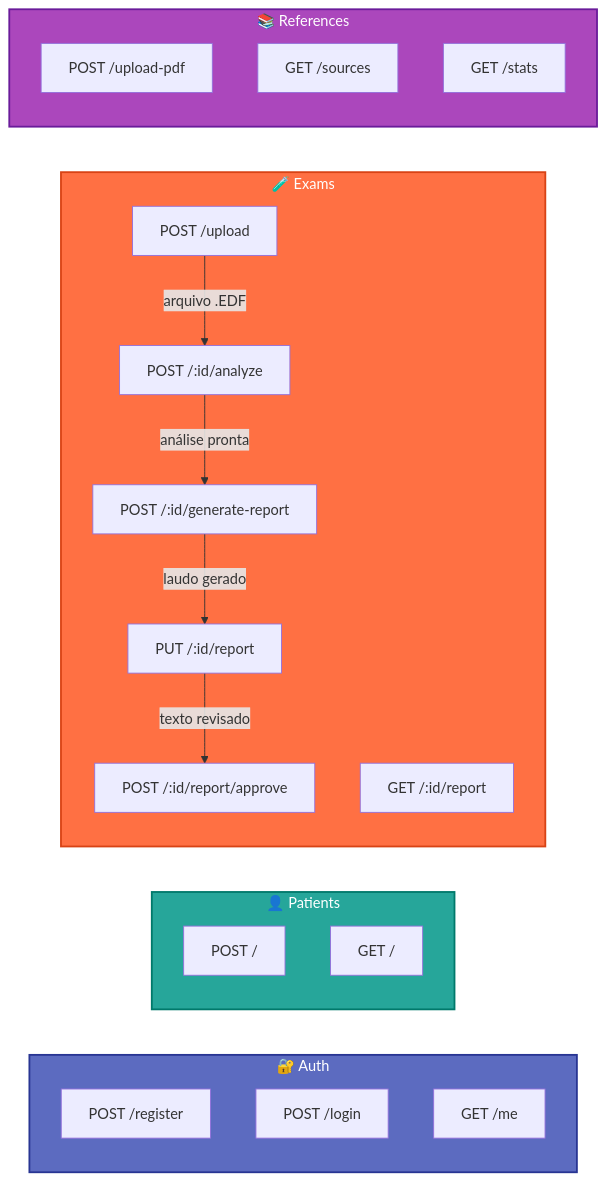
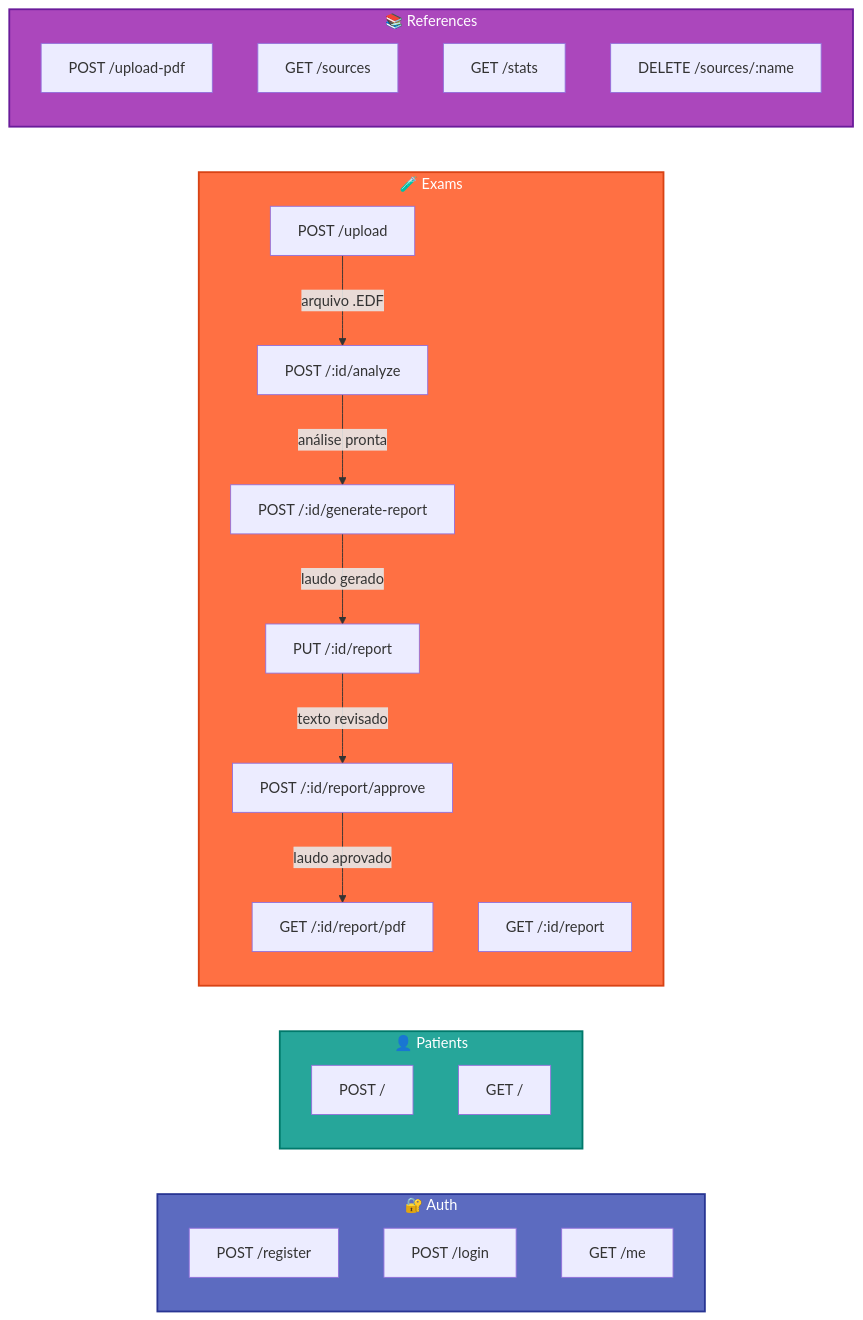
Before and after one commit to bife29/sistema_laudos: the eighth of 8 diagrams in README_C4.md, drawn with Mermaid. The commit also changed other lines of this file and 6 other files, not shown here.

````diff
--- a/README_C4.md
+++ b/README_C4.md
@@ -460,38 +460,41 @@
 ```mermaid
 flowchart LR
     subgraph AUTH ["🔐 Auth"]
         POST_REG["POST /register"]
         POST_LOG["POST /login"]
         GET_ME["GET /me"]
     end
 
     subgraph PATIENTS ["👤 Patients"]
         POST_PAT["POST /"]
         GET_PATS["GET /"]
     end
 
     subgraph EXAMS ["🧪 Exams"]
         POST_UP["POST /upload"]
         POST_AN["POST /:id/analyze"]
         POST_GEN["POST /:id/generate-report"]
         GET_REP["GET /:id/report"]
         PUT_REP["PUT /:id/report"]
         POST_APR["POST /:id/report/approve"]
+        GET_PDF["GET /:id/report/pdf"]
     end
 
     subgraph REFS ["📚 References"]
         POST_PDF["POST /upload-pdf"]
         GET_SRC["GET /sources"]
         GET_STAT["GET /stats"]
+        DEL_SRC["DELETE /sources/:name"]
     end
 
     POST_UP -->|"arquivo .EDF"| POST_AN
     POST_AN -->|"análise pronta"| POST_GEN
     POST_GEN -->|"laudo gerado"| PUT_REP
     PUT_REP -->|"texto revisado"| POST_APR
+    POST_APR -->|"laudo aprovado"| GET_PDF
 
     style AUTH fill:#5c6bc0,stroke:#283593,stroke-width:2px,color:#ffffff
     style PATIENTS fill:#26a69a,stroke:#00796b,stroke-width:2px,color:#ffffff
     style EXAMS fill:#ff7043,stroke:#d84315,stroke-width:2px,color:#ffffff
     style REFS fill:#ab47bc,stroke:#6a1b9a,stroke-width:2px,color:#ffffff
 ```
````
